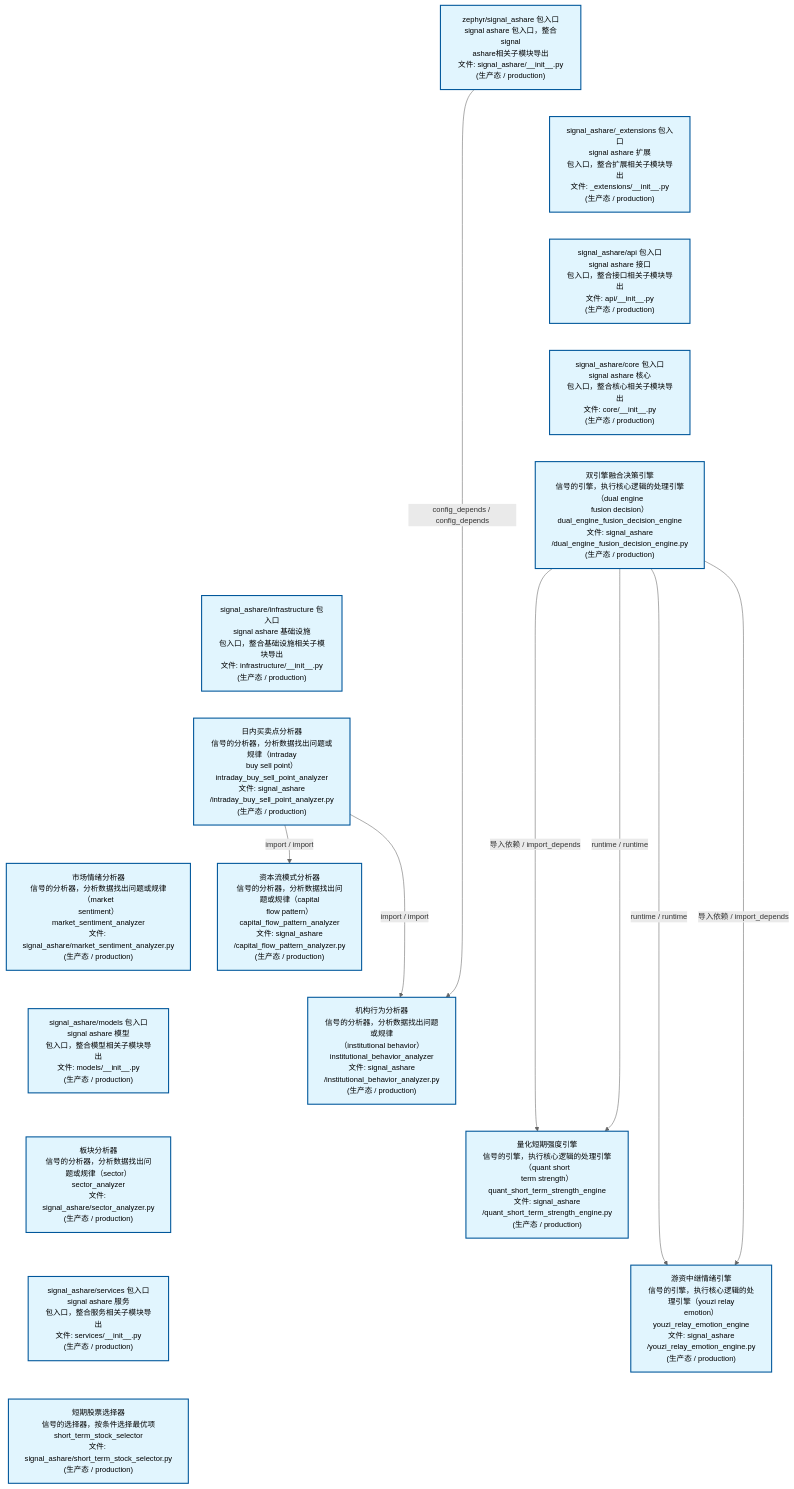
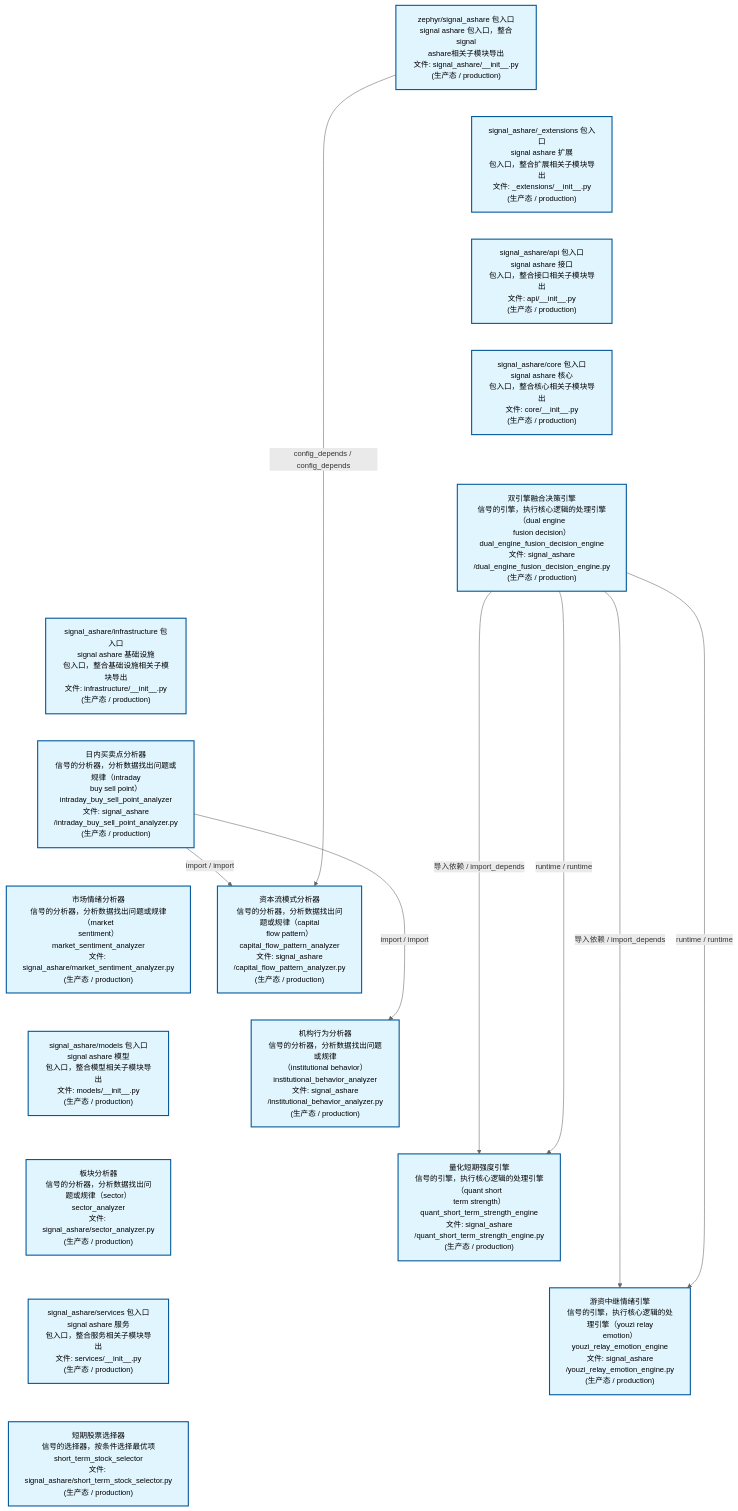
Before and after one commit to xuanFelixVan/ZephyrAlpha: the second of 4 diagrams in docs/02_enterprise_architecture/02_domain_architecture_docs/32_d_ashare_signal.md, drawn with Mermaid. The commit also changed other lines of this file and 42 other files, not shown here.

````diff
--- a/docs/02_enterprise_architecture/02_domain_architecture_docs/32_d_ashare_signal.md
+++ b/docs/02_enterprise_architecture/02_domain_architecture_docs/32_d_ashare_signal.md
@@ -112,46 +112,46 @@
 ```mermaid
 %%{init: {'theme': 'base', 'themeVariables': {'primaryColor': '#eaeaea', 'primaryTextColor': '#333333', 'primaryBorderColor': '#666666', 'lineColor': '#666666', 'secondaryColor': '#eaeaea', 'tertiaryColor': '#eaeaea', 'fontSize': '14px'}}}%%
 flowchart TD
     src_zephyr_signal_ashare_init_py["zephyr/signal_ashare 包入口<br/>signal ashare 包入口，整合signal<br/>ashare相关子模块导出<br/>文件: signal_ashare/__init__.py<br/>(生产态 / production)"]
     src_zephyr_signal_ashare_extensions_init_py["signal_ashare/_extensions 包入口<br/>signal ashare 扩展<br/>包入口，整合扩展相关子模块导出<br/>文件: _extensions/__init__.py<br/>(生产态 / production)"]
     src_zephyr_signal_ashare_api_init_py["signal_ashare/api 包入口<br/>signal ashare 接口<br/>包入口，整合接口相关子模块导出<br/>文件: api/__init__.py<br/>(生产态 / production)"]
     src_zephyr_signal_ashare_core_init_py["signal_ashare/core 包入口<br/>signal ashare 核心<br/>包入口，整合核心相关子模块导出<br/>文件: core/__init__.py<br/>(生产态 / production)"]
     src_zephyr_signal_ashare_dual_engine_fusion_decision_engine_py["双引擎融合决策引擎<br/>信号的引擎，执行核心逻辑的处理引擎（dual engine<br/>fusion decision）<br/>dual_engine_fusion_decision_engine<br/>文件: signal_ashare<br/>/dual_engine_fusion_decision_engine.py<br/>(生产态 / production)"]
     src_zephyr_signal_ashare_infrastructure_init_py["signal_ashare/infrastructure 包入口<br/>signal ashare 基础设施<br/>包入口，整合基础设施相关子模块导出<br/>文件: infrastructure/__init__.py<br/>(生产态 / production)"]
     src_zephyr_signal_ashare_intraday_buy_sell_point_analyzer_py["日内买卖点分析器<br/>信号的分析器，分析数据找出问题或规律（intraday<br/>buy sell point）<br/>intraday_buy_sell_point_analyzer<br/>文件: signal_ashare<br/>/intraday_buy_sell_point_analyzer.py<br/>(生产态 / production)"]
     src_zephyr_signal_ashare_market_sentiment_analyzer_py["市场情绪分析器<br/>信号的分析器，分析数据找出问题或规律（market<br/>sentiment）<br/>market_sentiment_analyzer<br/>文件: signal_ashare/market_sentiment_analyzer.py<br/>(生产态 / production)"]
     src_zephyr_signal_ashare_models_init_py["signal_ashare/models 包入口<br/>signal ashare 模型<br/>包入口，整合模型相关子模块导出<br/>文件: models/__init__.py<br/>(生产态 / production)"]
     src_zephyr_signal_ashare_sector_analyzer_py["板块分析器<br/>信号的分析器，分析数据找出问题或规律（sector）<br/>sector_analyzer<br/>文件: signal_ashare/sector_analyzer.py<br/>(生产态 / production)"]
     src_zephyr_signal_ashare_services_init_py["signal_ashare/services 包入口<br/>signal ashare 服务<br/>包入口，整合服务相关子模块导出<br/>文件: services/__init__.py<br/>(生产态 / production)"]
     src_zephyr_signal_ashare_short_term_stock_selector_py["短期股票选择器<br/>信号的选择器，按条件选择最优项<br/>short_term_stock_selector<br/>文件: signal_ashare/short_term_stock_selector.py<br/>(生产态 / production)"]
     src_zephyr_signal_ashare_init_py ~~~ src_zephyr_signal_ashare_extensions_init_py
     src_zephyr_signal_ashare_extensions_init_py ~~~ src_zephyr_signal_ashare_api_init_py
     src_zephyr_signal_ashare_api_init_py ~~~ src_zephyr_signal_ashare_core_init_py
     src_zephyr_signal_ashare_core_init_py ~~~ src_zephyr_signal_ashare_dual_engine_fusion_decision_engine_py
     src_zephyr_signal_ashare_dual_engine_fusion_decision_engine_py ~~~ src_zephyr_signal_ashare_infrastructure_init_py
     src_zephyr_signal_ashare_infrastructure_init_py ~~~ src_zephyr_signal_ashare_intraday_buy_sell_point_analyzer_py
     src_zephyr_signal_ashare_intraday_buy_sell_point_analyzer_py ~~~ src_zephyr_signal_ashare_market_sentiment_analyzer_py
     src_zephyr_signal_ashare_market_sentiment_analyzer_py ~~~ src_zephyr_signal_ashare_models_init_py
     src_zephyr_signal_ashare_models_init_py ~~~ src_zephyr_signal_ashare_sector_analyzer_py
     src_zephyr_signal_ashare_sector_analyzer_py ~~~ src_zephyr_signal_ashare_services_init_py
     src_zephyr_signal_ashare_services_init_py ~~~ src_zephyr_signal_ashare_short_term_stock_selector_py
     src_zephyr_signal_ashare_capital_flow_pattern_analyzer_py["资本流模式分析器<br/>信号的分析器，分析数据找出问题或规律（capital<br/>flow pattern）<br/>capital_flow_pattern_analyzer<br/>文件: signal_ashare<br/>/capital_flow_pattern_analyzer.py<br/>(生产态 / production)"]
     src_zephyr_signal_ashare_institutional_behavior_analyzer_py["机构行为分析器<br/>信号的分析器，分析数据找出问题或规律<br/>（institutional behavior）<br/>institutional_behavior_analyzer<br/>文件: signal_ashare<br/>/institutional_behavior_analyzer.py<br/>(生产态 / production)"]
     src_zephyr_signal_ashare_quant_short_term_strength_engine_py["量化短期强度引擎<br/>信号的引擎，执行核心逻辑的处理引擎（quant short<br/>term strength）<br/>quant_short_term_strength_engine<br/>文件: signal_ashare<br/>/quant_short_term_strength_engine.py<br/>(生产态 / production)"]
     src_zephyr_signal_ashare_youzi_relay_emotion_engine_py["游资中继情绪引擎<br/>信号的引擎，执行核心逻辑的处理引擎（youzi relay<br/>emotion）<br/>youzi_relay_emotion_engine<br/>文件: signal_ashare<br/>/youzi_relay_emotion_engine.py<br/>(生产态 / production)"]
     src_zephyr_signal_ashare_capital_flow_pattern_analyzer_py ~~~ src_zephyr_signal_ashare_institutional_behavior_analyzer_py
     src_zephyr_signal_ashare_institutional_behavior_analyzer_py ~~~ src_zephyr_signal_ashare_quant_short_term_strength_engine_py
     src_zephyr_signal_ashare_quant_short_term_strength_engine_py ~~~ src_zephyr_signal_ashare_youzi_relay_emotion_engine_py
-    src_zephyr_signal_ashare_dual_engine_fusion_decision_engine_py -->|runtime / runtime| src_zephyr_signal_ashare_youzi_relay_emotion_engine_py
-    src_zephyr_signal_ashare_dual_engine_fusion_decision_engine_py -->|导入依赖 / import_depends| src_zephyr_signal_ashare_youzi_relay_emotion_engine_py
     src_zephyr_signal_ashare_dual_engine_fusion_decision_engine_py -->|导入依赖 / import_depends| src_zephyr_signal_ashare_quant_short_term_strength_engine_py
     src_zephyr_signal_ashare_dual_engine_fusion_decision_engine_py -->|runtime / runtime| src_zephyr_signal_ashare_quant_short_term_strength_engine_py
+    src_zephyr_signal_ashare_dual_engine_fusion_decision_engine_py -->|导入依赖 / import_depends| src_zephyr_signal_ashare_youzi_relay_emotion_engine_py
+    src_zephyr_signal_ashare_dual_engine_fusion_decision_engine_py -->|runtime / runtime| src_zephyr_signal_ashare_youzi_relay_emotion_engine_py
+    src_zephyr_signal_ashare_intraday_buy_sell_point_analyzer_py -->|import / import| src_zephyr_signal_ashare_capital_flow_pattern_analyzer_py
     src_zephyr_signal_ashare_intraday_buy_sell_point_analyzer_py -->|import / import| src_zephyr_signal_ashare_institutional_behavior_analyzer_py
-    src_zephyr_signal_ashare_intraday_buy_sell_point_analyzer_py -->|import / import| src_zephyr_signal_ashare_capital_flow_pattern_analyzer_py
-    src_zephyr_signal_ashare_init_py -->|config_depends / config_depends| src_zephyr_signal_ashare_institutional_behavior_analyzer_py
+    src_zephyr_signal_ashare_init_py -->|config_depends / config_depends| src_zephyr_signal_ashare_capital_flow_pattern_analyzer_py
     classDef production fill:#e1f5fe,stroke:#01579b,stroke-width:2px,color:#000
     classDef design fill:#fff3e0,stroke:#e65100,stroke-width:2px,color:#000,stroke-dasharray: 5 5
     classDef external_prod fill:#e8f4fd,stroke:#0277bd,stroke-width:1px,color:#000
     classDef external_design fill:#fff8e7,stroke:#ef6c00,stroke-width:1px,color:#000,stroke-dasharray: 5 5
     class src_zephyr_signal_ashare_init_py,src_zephyr_signal_ashare_extensions_init_py,src_zephyr_signal_ashare_api_init_py,src_zephyr_signal_ashare_capital_flow_pattern_analyzer_py,src_zephyr_signal_ashare_core_init_py,src_zephyr_signal_ashare_dual_engine_fusion_decision_engine_py,src_zephyr_signal_ashare_infrastructure_init_py,src_zephyr_signal_ashare_institutional_behavior_analyzer_py,src_zephyr_signal_ashare_intraday_buy_sell_point_analyzer_py,src_zephyr_signal_ashare_market_sentiment_analyzer_py,src_zephyr_signal_ashare_models_init_py,src_zephyr_signal_ashare_quant_short_term_strength_engine_py,src_zephyr_signal_ashare_sector_analyzer_py,src_zephyr_signal_ashare_services_init_py,src_zephyr_signal_ashare_short_term_stock_selector_py,src_zephyr_signal_ashare_youzi_relay_emotion_engine_py production
 ```
````
